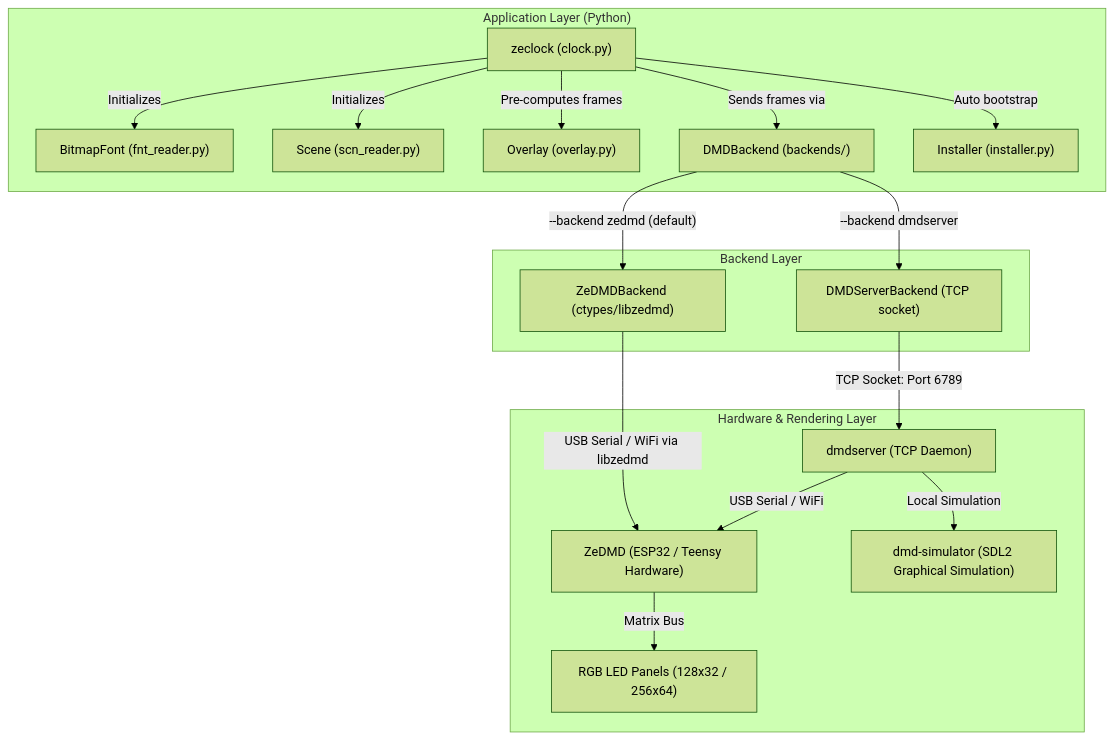
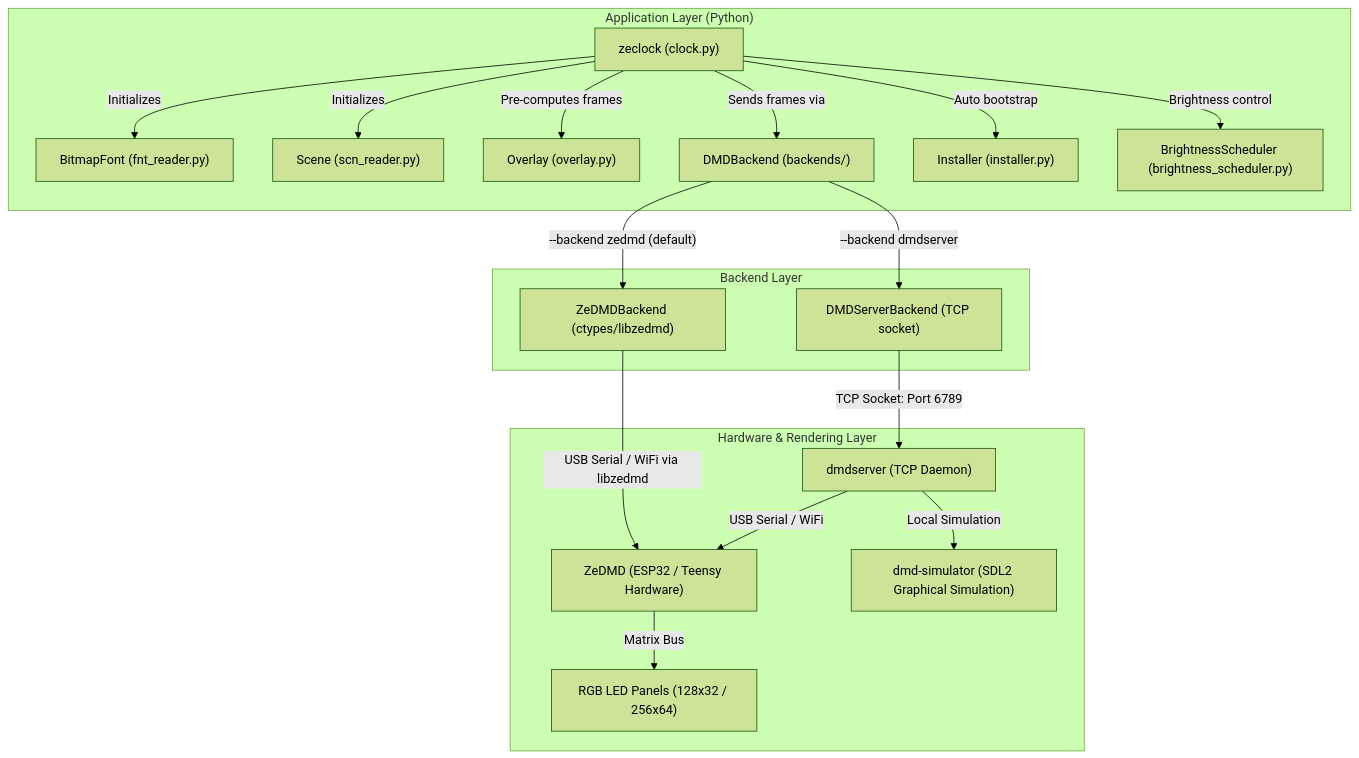
Before and after one commit to DMDTools/zeClock: the first of 3 diagrams in docs/architecture.md, drawn with Mermaid (forest theme). The commit also changed other lines of this file and 8 other files, not shown here.

````diff
--- a/docs/architecture.md
+++ b/docs/architecture.md
@@ -11,28 +11,29 @@
 ```mermaid
 graph TD
     subgraph "Application Layer (Python)"
         A["zeclock (clock.py)"] -->|Initializes| B["BitmapFont (fnt_reader.py)"]
         A -->|Initializes| C["Scene (scn_reader.py)"]
         A -->|Pre-computes frames| D["Overlay (overlay.py)"]
         A -->|Sends frames via| E["DMDBackend (backends/)"]
         A -->|Auto bootstrap| F2["Installer (installer.py)"]
+        A -->|Brightness control| BS["BrightnessScheduler (brightness_scheduler.py)"]
     end
 
     subgraph "Backend Layer"
         E -->|"--backend zedmd (default)"| E1["ZeDMDBackend (ctypes/libzedmd)"]
         E -->|"--backend dmdserver"| E2["DMDServerBackend (TCP socket)"]
     end
 
     subgraph "Hardware & Rendering Layer"
         G["ZeDMD (ESP32 / Teensy Hardware)"]
         H["RGB LED Panels (128x32 / 256x64)"]
         I["dmd-simulator (SDL2 Graphical Simulation)"]
         F["dmdserver (TCP Daemon)"]
     end
 
     E1 -->|USB Serial / WiFi via libzedmd| G
     E2 -->|TCP Socket: Port 6789| F
     F -->|USB Serial / WiFi| G
     G -->|Matrix Bus| H
     F -->|Local Simulation| I
 ```
````
